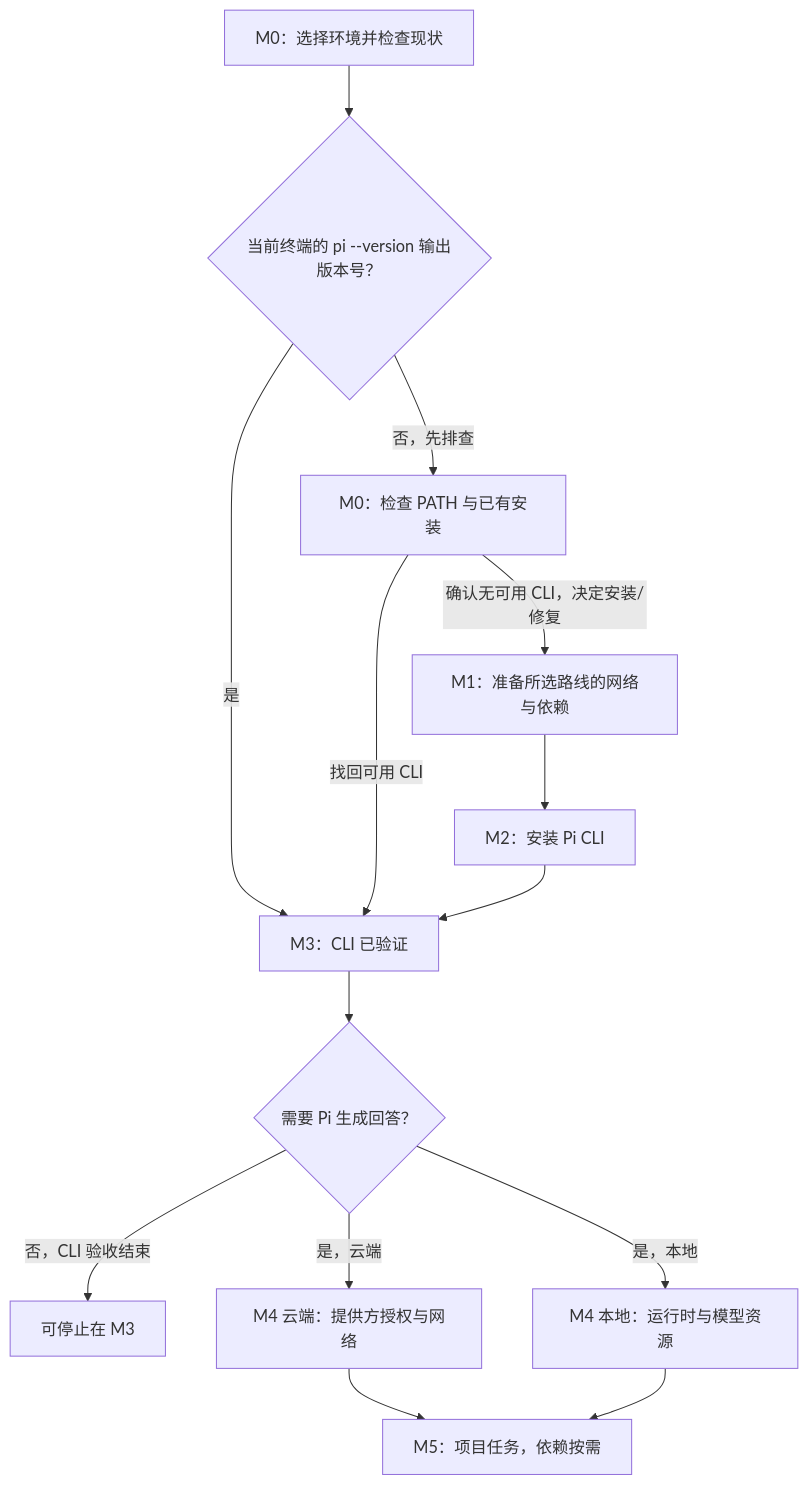
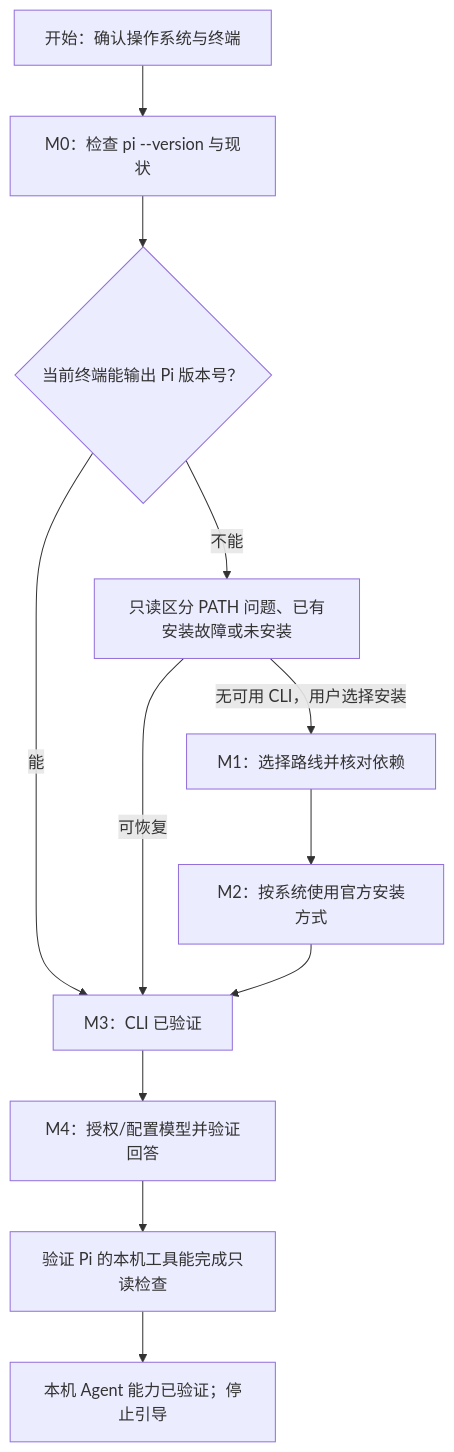
Before and after one commit to iTanX/vibe-coding-cn: the diagram in .github/context/getting-started/learning-map.md, drawn with Mermaid. The commit also changed other lines of this file and 8 other files, not shown here.

````diff
--- a/.github/context/getting-started/learning-map.md
+++ b/.github/context/getting-started/learning-map.md
@@ -20,16 +53,14 @@
 ```mermaid
 flowchart TD
-    M0["M0：选择环境并检查现状"] --> Q{"当前终端的 pi --version 输出版本号？"}
-    Q -->|是| M3["M3：CLI 已验证"]
-    Q -->|否，先排查| D["M0：检查 PATH 与已有安装"]
-    D -->|找回可用 CLI| M3
-    D -->|确认无可用 CLI，决定安装/修复| M1["M1：准备所选路线的网络与依赖"]
-    M1 --> M2["M2：安装 Pi CLI"]
+    START["开始：确认操作系统与终端"] --> M0["M0：检查 pi --version 与现状"]
+    M0 --> Q{"当前终端能输出 Pi 版本号？"}
+    Q -->|能| M3["M3：CLI 已验证"]
+    Q -->|不能| DIAG["只读区分 PATH 问题、已有安装故障或未安装"]
+    DIAG -->|可恢复| M3
+    DIAG -->|无可用 CLI，用户选择安装| M1["M1：选择路线并核对依赖"]
+    M1 --> M2["M2：按系统使用官方安装方式"]
     M2 --> M3
-    M3 --> R{"需要 Pi 生成回答？"}
-    R -->|否，CLI 验收结束| DONE["可停止在 M3"]
-    R -->|是，云端| CLOUD["M4 云端：提供方授权与网络"]
-    R -->|是，本地| LOCAL["M4 本地：运行时与模型资源"]
-    CLOUD --> M5["M5：项目任务，依赖按需"]
-    LOCAL --> M5
+    M3 --> M4["M4：授权/配置模型并验证回答"]
+    M4 --> TOOL["验证 Pi 的本机工具能完成只读检查"]
+    TOOL --> DONE["本机 Agent 能力已验证；停止引导"]
 ```
````
